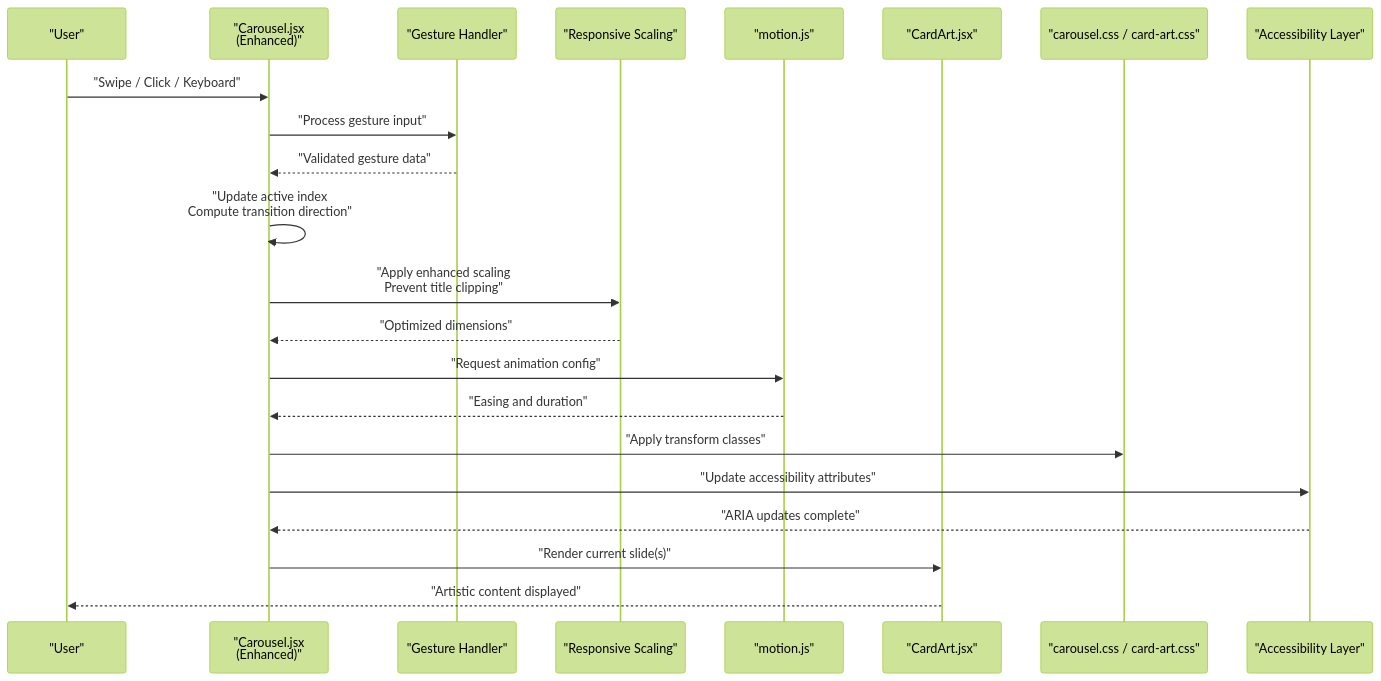
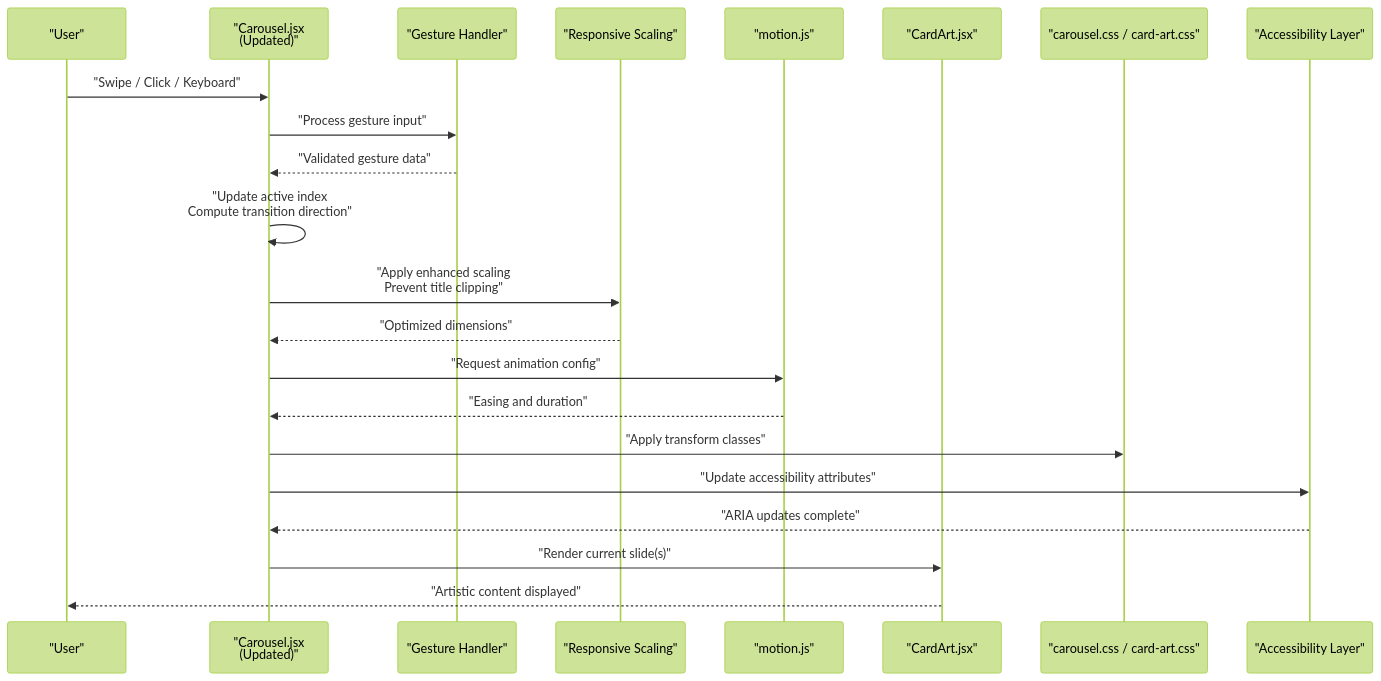
Before and after one commit to Theja4/podiummomentum: the second of 3 diagrams in .qoder/repowiki/en/content/Component Architecture/Landing Page Components/Carousel Components.md, drawn with Mermaid (forest theme). The commit also changed other lines of this file and 24 other files, not shown here.

````diff
--- a/.qoder/repowiki/en/content/Component Architecture/Landing Page Components/Carousel Components.md
+++ b/.qoder/repowiki/en/content/Component Architecture/Landing Page Components/Carousel Components.md
@@ -119,24 +118,24 @@
 ```mermaid
 sequenceDiagram
 participant User as "User"
-participant Carousel as "Carousel.jsx<br/>(Enhanced)"
+participant Carousel as "Carousel.jsx<br/>(Updated)"
 participant Gesture as "Gesture Handler"
 participant Scaling as "Responsive Scaling"
 participant Motion as "motion.js"
 participant Card as "CardArt.jsx"
 participant Styles as "carousel.css / card-art.css"
 participant A11y as "Accessibility Layer"
 User->>Carousel : "Swipe / Click / Keyboard"
 Carousel->>Gesture : "Process gesture input"
 Gesture-->>Carousel : "Validated gesture data"
 Carousel->>Carousel : "Update active index<br/>Compute transition direction"
 Carousel->>Scaling : "Apply enhanced scaling<br/>Prevent title clipping"
 Scaling-->>Carousel : "Optimized dimensions"
 Carousel->>Motion : "Request animation config"
 Motion-->>Carousel : "Easing and duration"
 Carousel->>Styles : "Apply transform classes"
 Carousel->>A11y : "Update accessibility attributes"
 A11y-->>Carousel : "ARIA updates complete"
 Carousel->>Card : "Render current slide(s)"
 Card-->>User : "Artistic content displayed"
 ```
````
